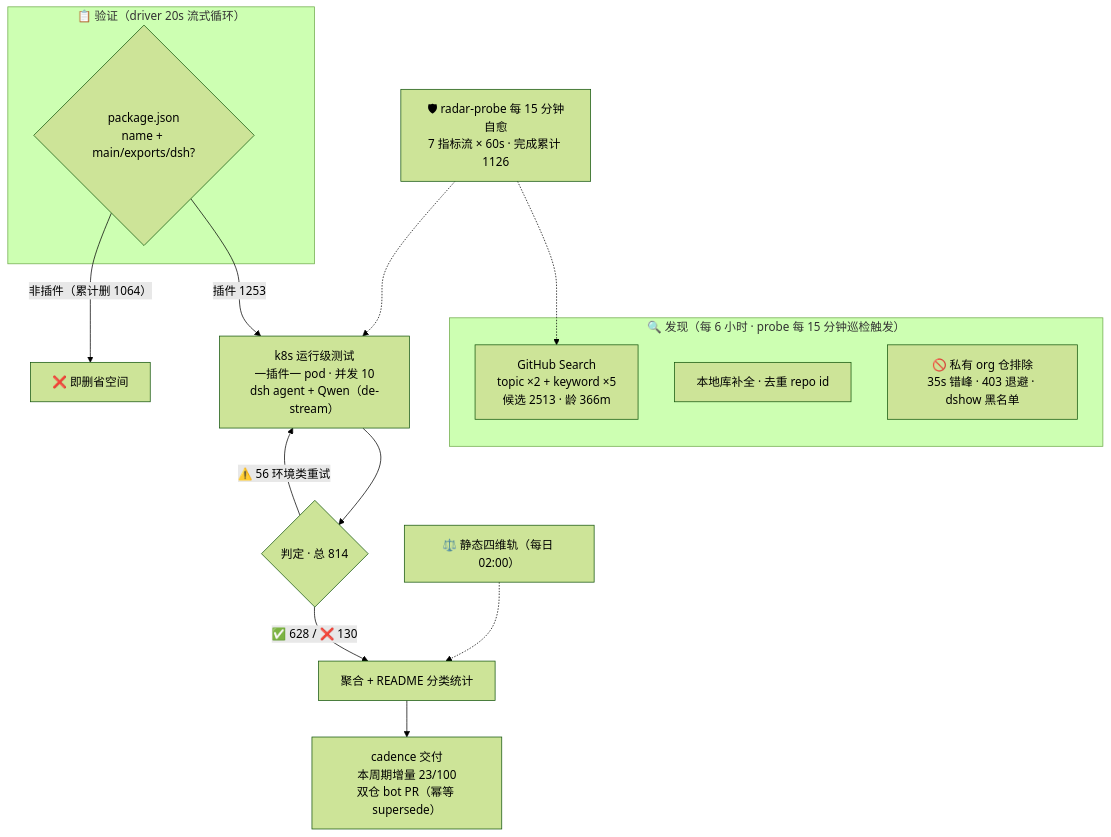
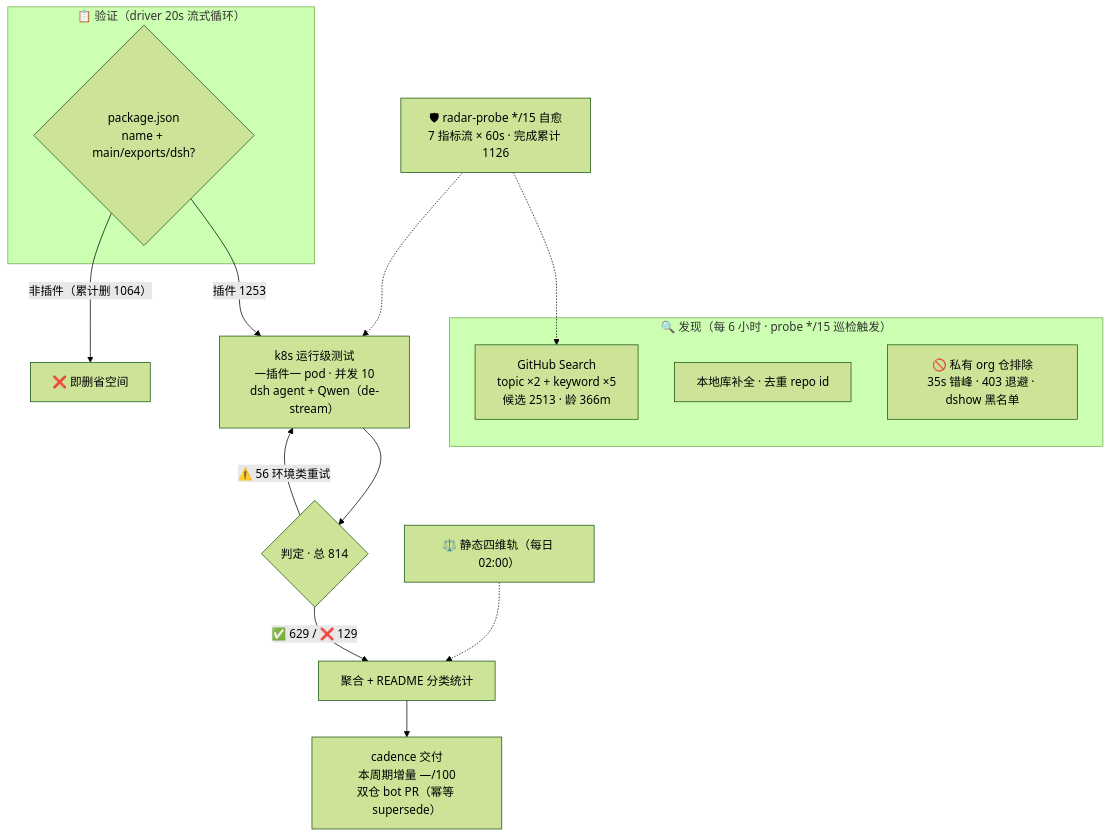
The diagram in README.md (Zhidao-Lab-OSS/awesome-dsh-plugins), drawn with Mermaid (forest theme) before and after one commit. The commit also changed other lines of this file and 1 other file, not shown here.

Commit message:
readme-render: 渲染自快照 20260815T060038Z（自托管 Bot B · merge 门控）

````diff
--- a/README.md
+++ b/README.md
@@ -30,20 +30,20 @@
 ```mermaid
 flowchart TB
-    subgraph Discovery["🔍 发现（每 6 小时 · probe 每 15 分钟巡检触发）"]
+    subgraph Discovery["🔍 发现（每 6 小时 · probe */15 巡检触发）"]
         A1["GitHub Search<br/>topic ×2 + keyword ×5<br/>候选 2513 · 龄 366m"]
         A2["本地库补全 · 去重 repo id"]
         A3["🚫 私有 org 仓排除<br/>35s 错峰 · 403 退避 · dshow 黑名单"]
     end
     subgraph Validation["📋 验证（driver 20s 流式循环）"]
         B1{"package.json<br/>name + main/exports/dsh?"}
     end
     B1 -->|"插件 1253"| C1["k8s 运行级测试<br/>一插件一 pod · 并发 10<br/>dsh agent + Qwen（de-stream）"]
     B1 -->|"非插件（累计删 1064）"| B3["❌ 即删省空间"]
     C1 --> D1{"判定 · 总 814"}
-    D1 -->|"✅ 628 / ❌ 130"| E1["聚合 + README 分类统计"]
+    D1 -->|"✅ 629 / ❌ 129"| E1["聚合 + README 分类统计"]
     D1 -->|"⚠️ 56 环境类重试"| C1
-    E1 --> E2["cadence 交付<br/>本周期增量 23/100<br/>双仓 bot PR（幂等 supersede）"]
+    E1 --> E2["cadence 交付<br/>本周期增量 —/100<br/>双仓 bot PR（幂等 supersede）"]
     S["⚖️ 静态四维轨（每日 02:00）"] -.-> E1
-    M["🛡 radar-probe 每 15 分钟自愈<br/>7 指标流 × 60s · 完成累计 1126"] -.-> A1
+    M["🛡 radar-probe */15 自愈<br/>7 指标流 × 60s · 完成累计 1126"] -.-> A1
     M -.-> C1
 ```
````
